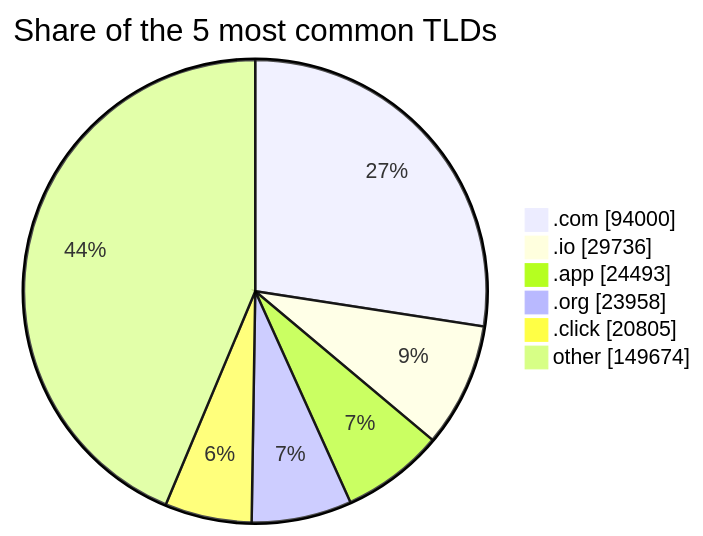
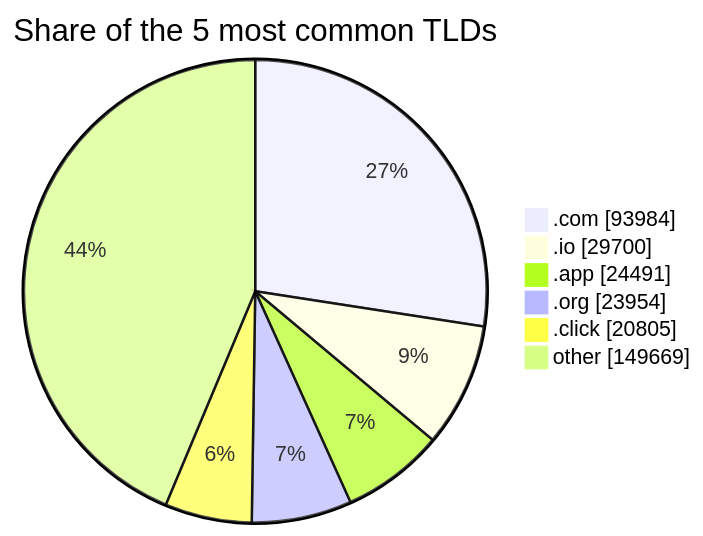
Before and after one commit to DNSBunker/CTI: the third of 3 diagrams in README.md, drawn with Mermaid. The commit also changed other lines of this file and 4 other files, not shown here.

````diff
--- a/README.md
+++ b/README.md
@@ -81,9 +81,9 @@
 ```mermaid
 pie showData title Share of the 5 most common TLDs
-    ".com" : 94000
-    ".io" : 29736
-    ".app" : 24493
-    ".org" : 23958
+    ".com" : 93984
+    ".io" : 29700
+    ".app" : 24491
+    ".org" : 23954
     ".click" : 20805
-    "other" : 149674
+    "other" : 149669
 ```
````
